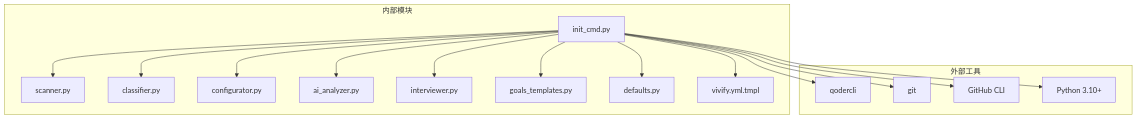
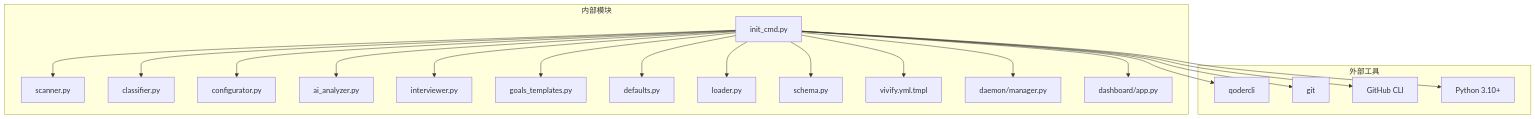
Before and after one commit to pinsonchen/vivify: diagram 13 of 14 in .qoder/repowiki/zh/content/工具和实用程序/CLI初始化命令增强.md, drawn with Mermaid. The commit also changed other lines of this file and 5 other files, not shown here.

````diff
--- a/.qoder/repowiki/zh/content/工具和实用程序/CLI初始化命令增强.md
+++ b/.qoder/repowiki/zh/content/工具和实用程序/CLI初始化命令增强.md
@@ -413,32 +596,40 @@
 ```mermaid
 graph TB
 subgraph "外部工具"
 QT[qodercli]
 GT[git]
 GH[GitHub CLI]
 PY[Python 3.10+]
 end
 subgraph "内部模块"
 IC[init_cmd.py]
 SC[scanner.py]
 CL[classifier.py]
 CA[configurator.py]
 IA[ai_analyzer.py]
 IN[interviewer.py]
 GTT[goals_templates.py]
 DF[defaults.py]
+VL[loader.py]
+CS[schema.py]
 VT[vivify.yml.tmpl]
+DM[daemon/manager.py]
+DA[dashboard/app.py]
 end
 IC --> QT
 IC --> GT
 IC --> GH
 IC --> PY
 IC --> SC
 IC --> CL
 IC --> CA
 IC --> IA
 IC --> IN
 IC --> GTT
 IC --> DF
+IC --> VL
+IC --> CS
 IC --> VT
+IC --> DM
+IC --> DA
 ```
````
